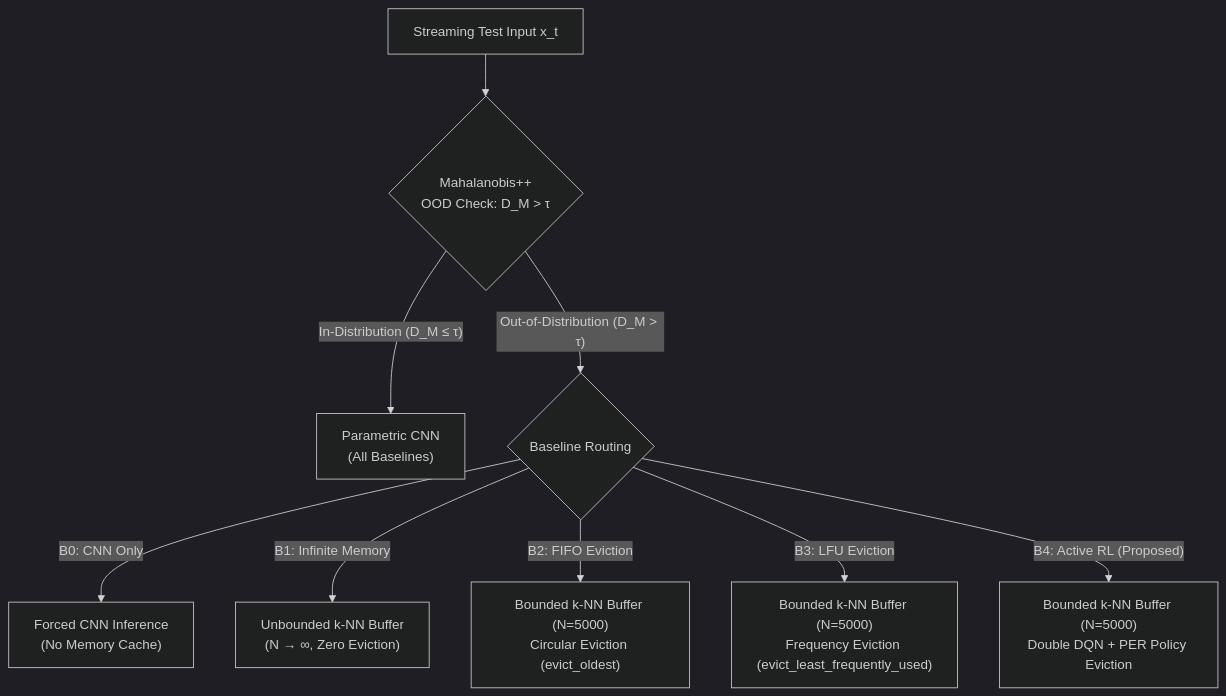
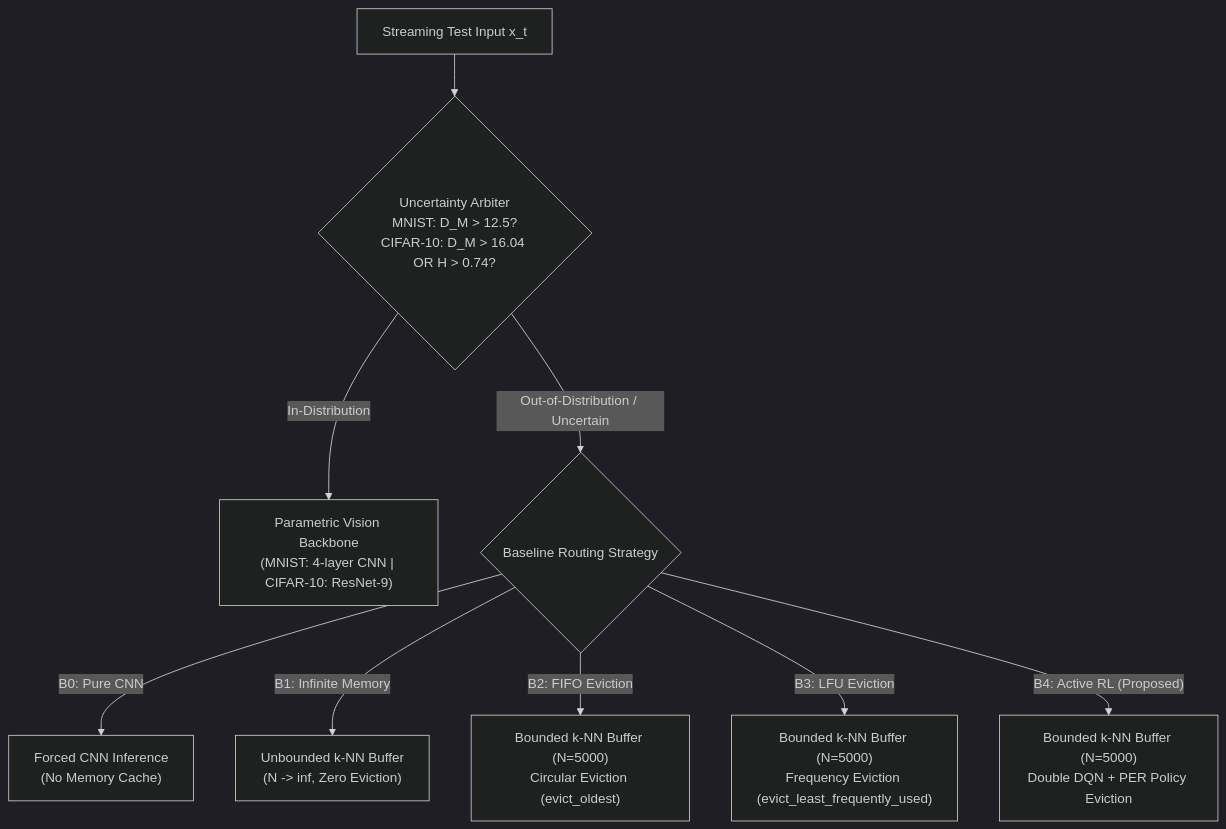
One commit to Santiago-1211173/projeto-cnn changed the diagram in docs/guides/evaluation.md. Above: the diagram before and after it, drawn with Mermaid (dark theme). The commit also changed other lines of this file and 58 other files, not shown here.

````diff
--- a/docs/guides/evaluation.md
+++ b/docs/guides/evaluation.md
@@ -20,14 +20,14 @@
 ```mermaid
 flowchart TD
-    INPUT["Streaming Test Input x_t"] --> OOD{"Mahalanobis++<br>OOD Check: D_M > τ"}
+    INPUT["Streaming Test Input x_t"] --> OOD{"Uncertainty Arbiter<br>MNIST: D_M > 12.5?<br>CIFAR-10: D_M > 16.04 OR H > 0.74?"}
     
-    OOD -- "In-Distribution (D_M ≤ τ)" --> CNN["Parametric CNN<br>(All Baselines)"]
+    OOD -- "In-Distribution" --> CNN["Parametric Vision Backbone<br>(MNIST: 4-layer CNN | CIFAR-10: ResNet-9)"]
     
-    OOD -- "Out-of-Distribution (D_M > τ)" --> ROUTE{Baseline Routing}
+    OOD -- "Out-of-Distribution / Uncertain" --> ROUTE{Baseline Routing Strategy}
     
-    ROUTE -->|"B0: CNN Only"| CNN_FALLBACK["Forced CNN Inference<br>(No Memory Cache)"]
-    ROUTE -->|"B1: Infinite Memory"| MEM_INF["Unbounded k-NN Buffer<br>(N → ∞, Zero Eviction)"]
+    ROUTE -->|"B0: Pure CNN"| CNN_FALLBACK["Forced CNN Inference<br>(No Memory Cache)"]
+    ROUTE -->|"B1: Infinite Memory"| MEM_INF["Unbounded k-NN Buffer<br>(N -> inf, Zero Eviction)"]
     ROUTE -->|"B2: FIFO Eviction"| MEM_FIFO["Bounded k-NN Buffer (N=5000)<br>Circular Eviction (evict_oldest)"]
     ROUTE -->|"B3: LFU Eviction"| MEM_LFU["Bounded k-NN Buffer (N=5000)<br>Frequency Eviction (evict_least_frequently_used)"]
     ROUTE -->|"B4: Active RL (Proposed)"| MEM_RL["Bounded k-NN Buffer (N=5000)<br>Double DQN + PER Policy Eviction"]
 ```
````
